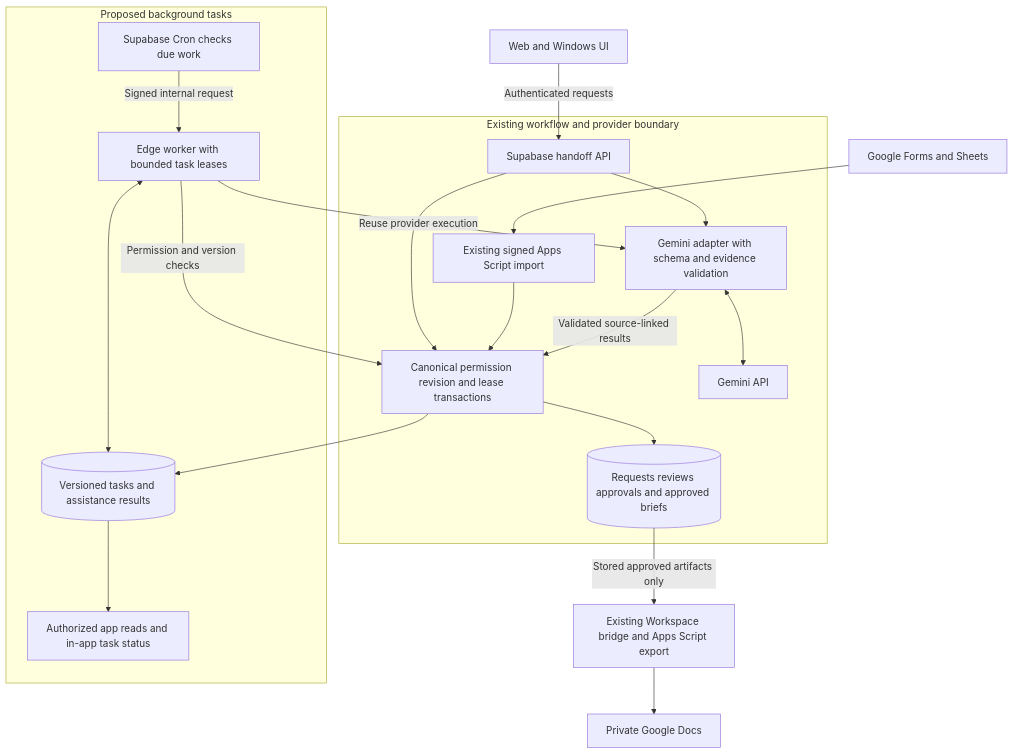
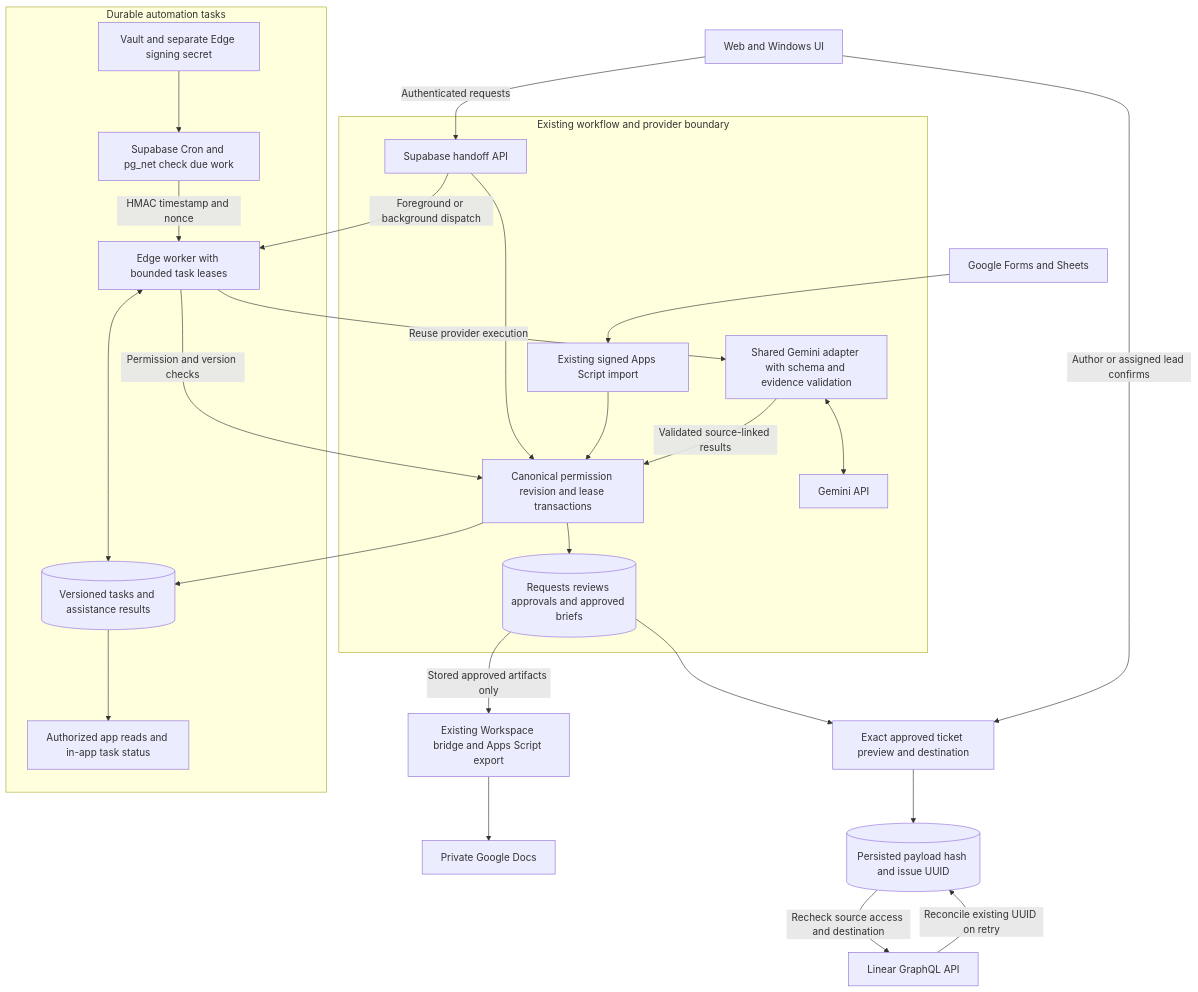
The diagram in doc/diagrams/automation-system.mmd (codera647/HandoffCheck), drawn with Mermaid before and after one commit. The commit also changed 40 other files, not shown here.

```diff
--- a/doc/diagrams/automation-system.mmd
+++ b/doc/diagrams/automation-system.mmd
@@ -1,21 +1,28 @@
 flowchart TB
     WEB[Web and Windows UI] -->|Authenticated requests| API[Supabase handoff API]
     FORM[Google Forms and Sheets] --> IMPORT[Existing signed Apps Script import]
     subgraph CORE[Existing workflow and provider boundary]
         API --> RULES[Canonical permission revision and lease transactions]
         IMPORT --> RULES
         RULES --> DB[(Requests reviews approvals and approved briefs)]
-        API --> ADAPTER[Gemini adapter with schema and evidence validation]
+        ADAPTER[Shared Gemini adapter with schema and evidence validation]
         ADAPTER <--> MODEL[Gemini API]
         ADAPTER -->|Validated source-linked results| RULES
     end
-    subgraph LATER[Proposed background tasks]
+    subgraph TASKS[Durable automation tasks]
         RULES --> JOBS[(Versioned tasks and assistance results)]
-        CRON[Supabase Cron checks due work] -->|Signed internal request| WORKER[Edge worker with bounded task leases]
+        CRON[Supabase Cron and pg_net check due work] -->|HMAC timestamp and nonce| WORKER[Edge worker with bounded task leases]
+        VAULT[Vault and separate Edge signing secret] --> CRON
+        API -->|Foreground or background dispatch| WORKER
         WORKER <--> JOBS
         WORKER -->|Reuse provider execution| ADAPTER
         WORKER -->|Permission and version checks| RULES
         JOBS --> READ[Authorized app reads and in-app task status]
     end
     DB -->|Stored approved artifacts only| EXPORT[Existing Workspace bridge and Apps Script export]
     EXPORT --> DOCS[Private Google Docs]
+    DB --> PREVIEW[Exact approved ticket preview and destination]
+    WEB -->|Author or assigned lead confirms| PREVIEW
+    PREVIEW --> OUTBOX[(Persisted payload hash and issue UUID)]
+    OUTBOX -->|Recheck source access and destination| LINEAR[Linear GraphQL API]
+    LINEAR -->|Reconcile existing UUID on retry| OUTBOX
```
